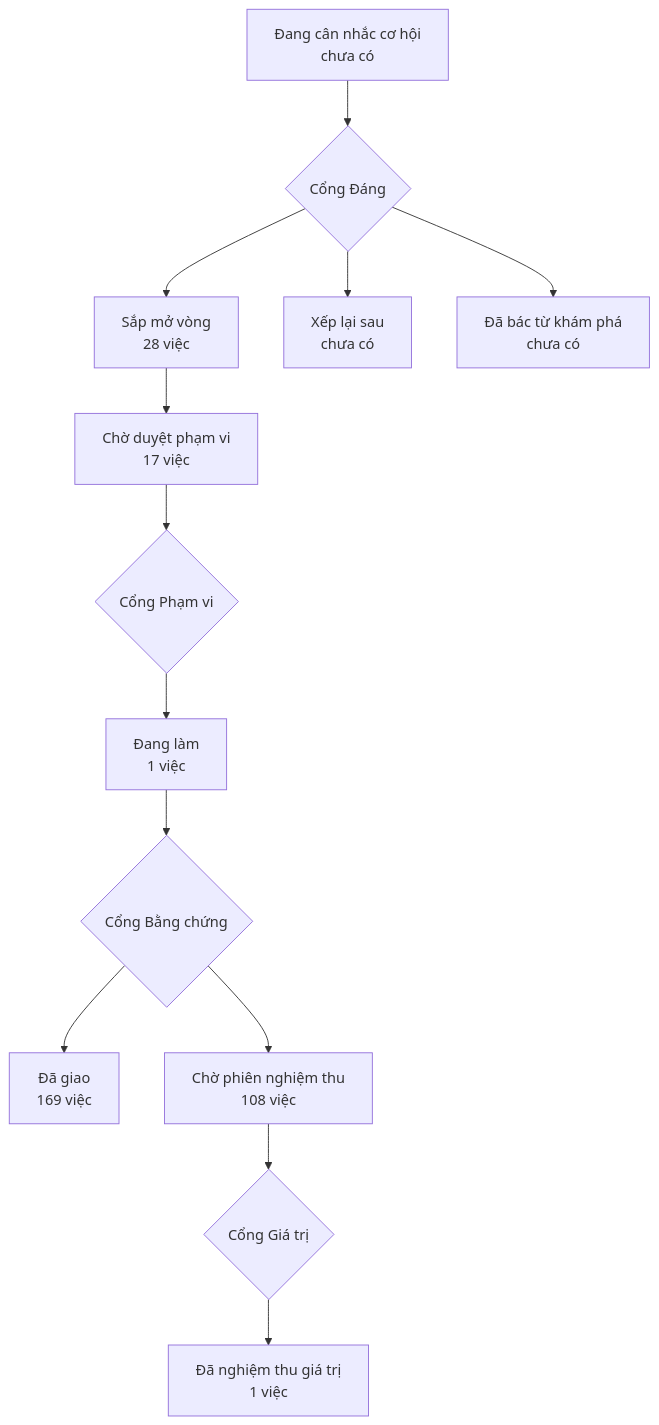
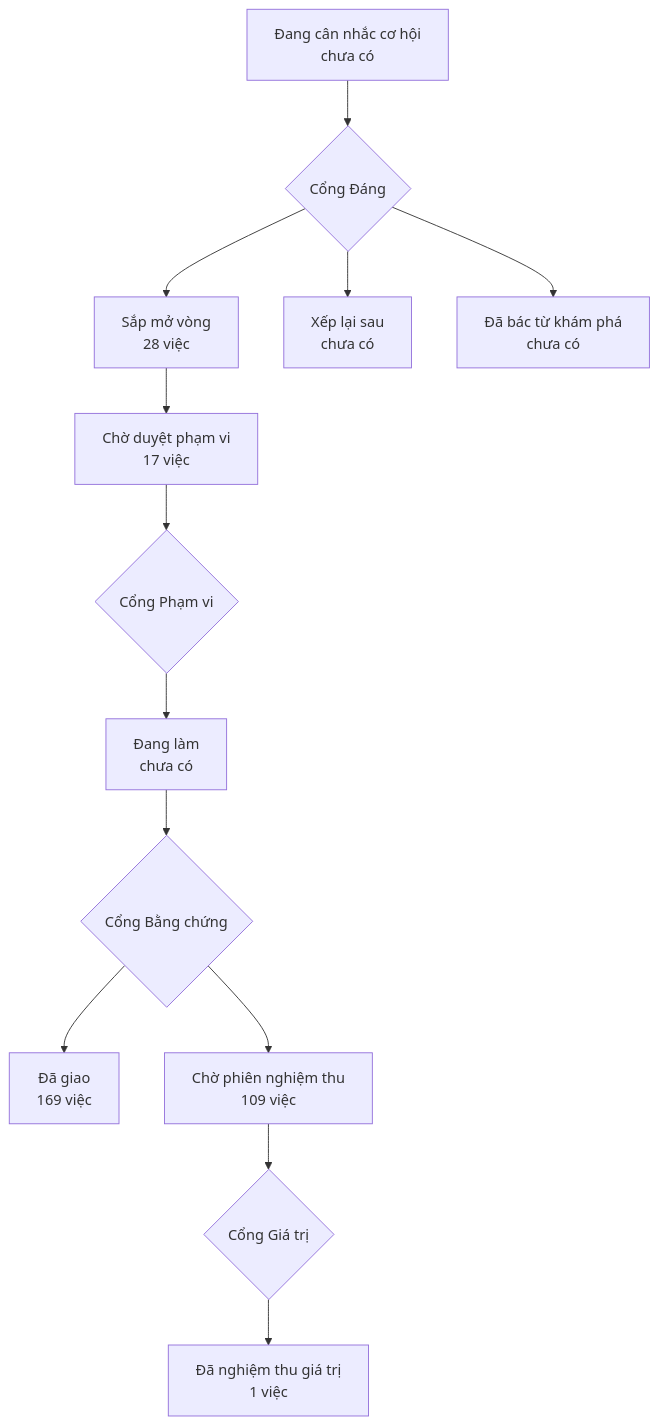
Before and after one commit to phanlemanh/onehub-invest: the diagram in PRODUCT-MAP.md, drawn with Mermaid. The commit also changed other lines of this file and 4 other files, not shown here.

````diff
--- a/PRODUCT-MAP.md
+++ b/PRODUCT-MAP.md
@@ -7,12 +7,12 @@
 ```mermaid
 flowchart TD
   A["Đang cân nhắc cơ hội<br/>chưa có"] --> GD{"Cổng Đáng"}
   GD --> B["Sắp mở vòng<br/>28 việc"]
   GD --> XL["Xếp lại sau<br/>chưa có"]
   GD --> DB["Đã bác từ khám phá<br/>chưa có"]
   B --> CD["Chờ duyệt phạm vi<br/>17 việc"] --> GP{"Cổng Phạm vi"}
-  GP --> DL["Đang làm<br/>1 việc"] --> GB{"Cổng Bằng chứng"}
+  GP --> DL["Đang làm<br/>chưa có"] --> GB{"Cổng Bằng chứng"}
   GB --> DG["Đã giao<br/>169 việc"]
-  GB --> CN["Chờ phiên nghiệm thu<br/>108 việc"] --> GG{"Cổng Giá trị"}
+  GB --> CN["Chờ phiên nghiệm thu<br/>109 việc"] --> GG{"Cổng Giá trị"}
   GG --> NT["Đã nghiệm thu giá trị<br/>1 việc"]
 ```
````
